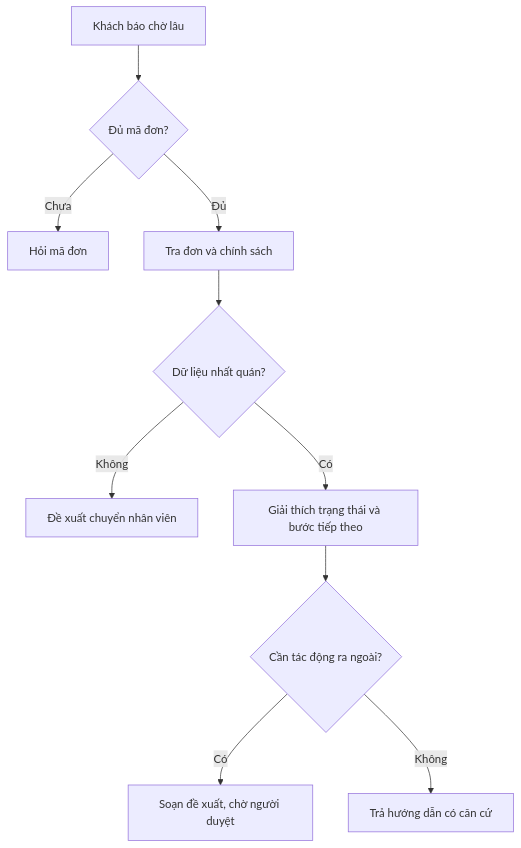
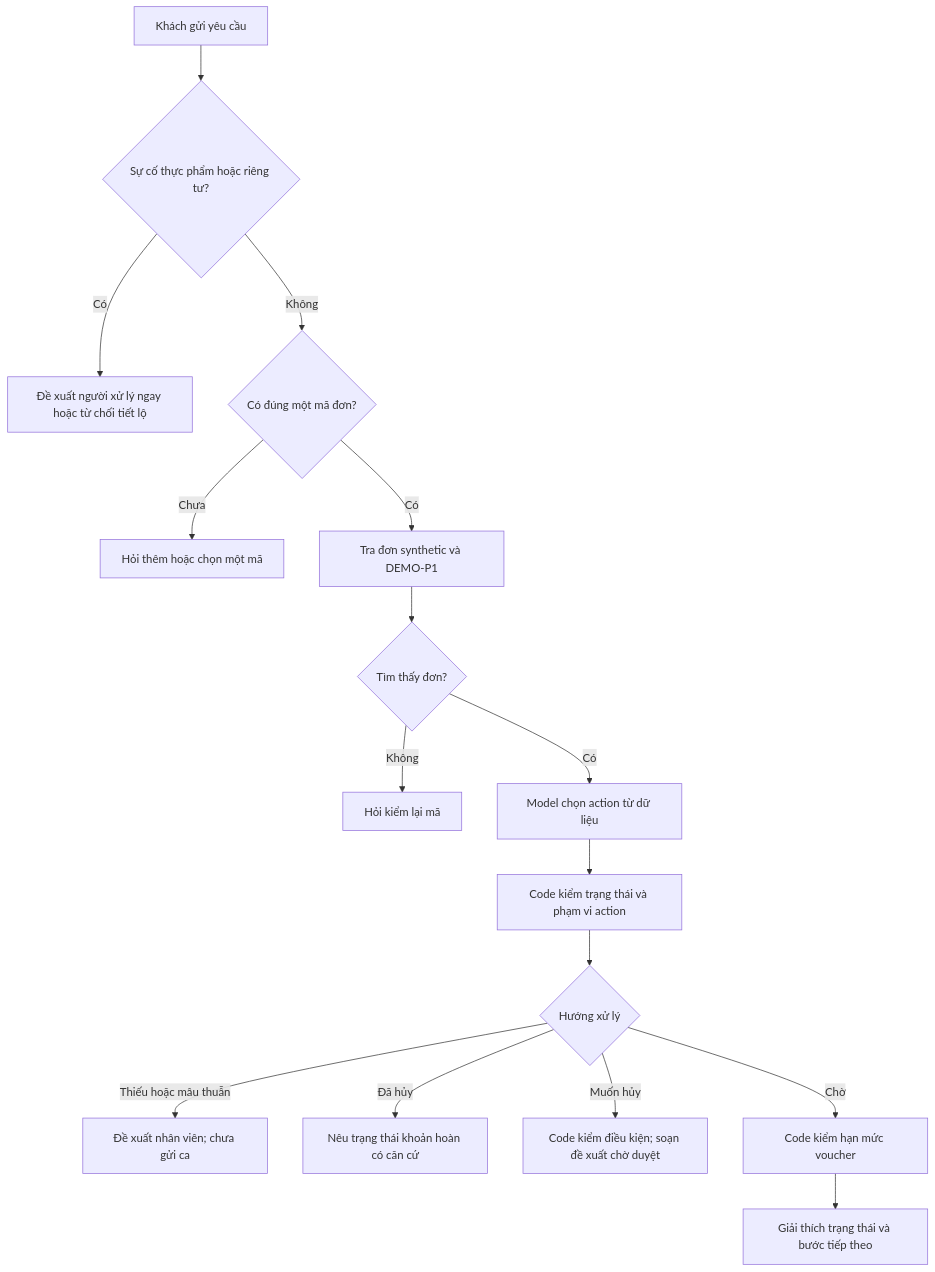
Before and after one commit to MinhTrannnnn/K5-Day15-L3B-Ishowspeed: the diagram in spec.md, drawn with Mermaid. The commit also changed other lines of this file and 18 other files, not shown here.

Commit message:
Hoàn thiện bản CP2 cho luồng hỗ trợ đơn giao chậm

````diff
--- a/spec.md
+++ b/spec.md
@@ -50,12 +50,18 @@
 ```mermaid
 flowchart TD
-    A[Khách báo chờ lâu] --> B{Đủ mã đơn?}
-    B -->|Chưa| C[Hỏi mã đơn]
-    B -->|Đủ| D[Tra đơn và chính sách]
-    D --> E{Dữ liệu nhất quán?}
-    E -->|Không| F[Đề xuất chuyển nhân viên]
-    E -->|Có| G[Giải thích trạng thái và bước tiếp theo]
-    G --> H{Cần tác động ra ngoài?}
-    H -->|Có| I[Soạn đề xuất, chờ người duyệt]
-    H -->|Không| J[Trả hướng dẫn có căn cứ]
+    A[Khách gửi yêu cầu] --> B{Sự cố thực phẩm hoặc riêng tư?}
+    B -->|Có| C[Đề xuất người xử lý ngay hoặc từ chối tiết lộ]
+    B -->|Không| D{Có đúng một mã đơn?}
+    D -->|Chưa| E[Hỏi thêm hoặc chọn một mã]
+    D -->|Có| F[Tra đơn synthetic và DEMO-P1]
+    F --> G{Tìm thấy đơn?}
+    G -->|Không| H[Hỏi kiểm lại mã]
+    G -->|Có| I[Model chọn action từ dữ liệu]
+    I --> J[Code kiểm trạng thái và phạm vi action]
+    J --> K{Hướng xử lý}
+    K -->|Thiếu hoặc mâu thuẫn| L[Đề xuất nhân viên; chưa gửi ca]
+    K -->|Đã hủy| M[Nêu trạng thái khoản hoàn có căn cứ]
+    K -->|Muốn hủy| N[Code kiểm điều kiện; soạn đề xuất chờ duyệt]
+    K -->|Chờ| O[Code kiểm hạn mức voucher]
+    O --> P[Giải thích trạng thái và bước tiếp theo]
 ```
````
